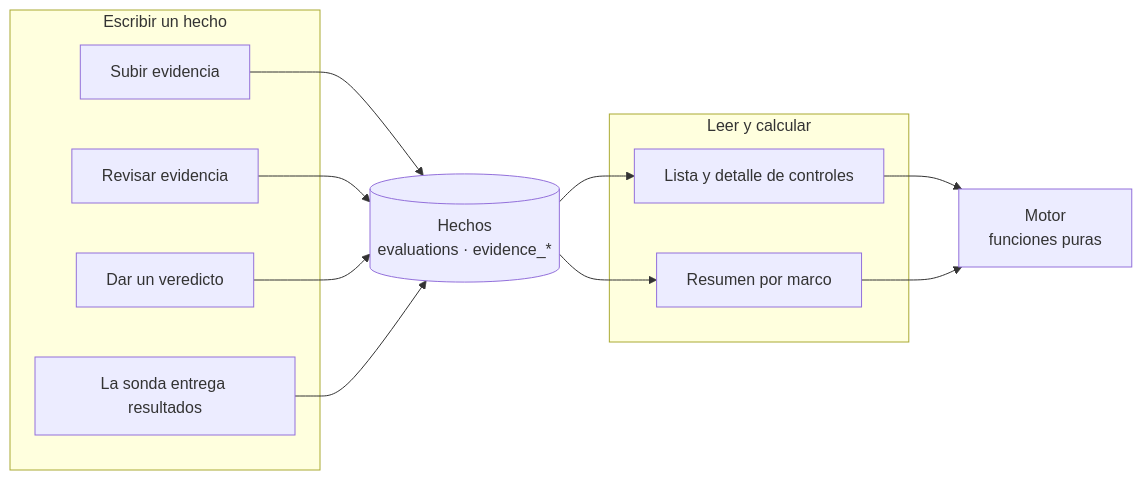
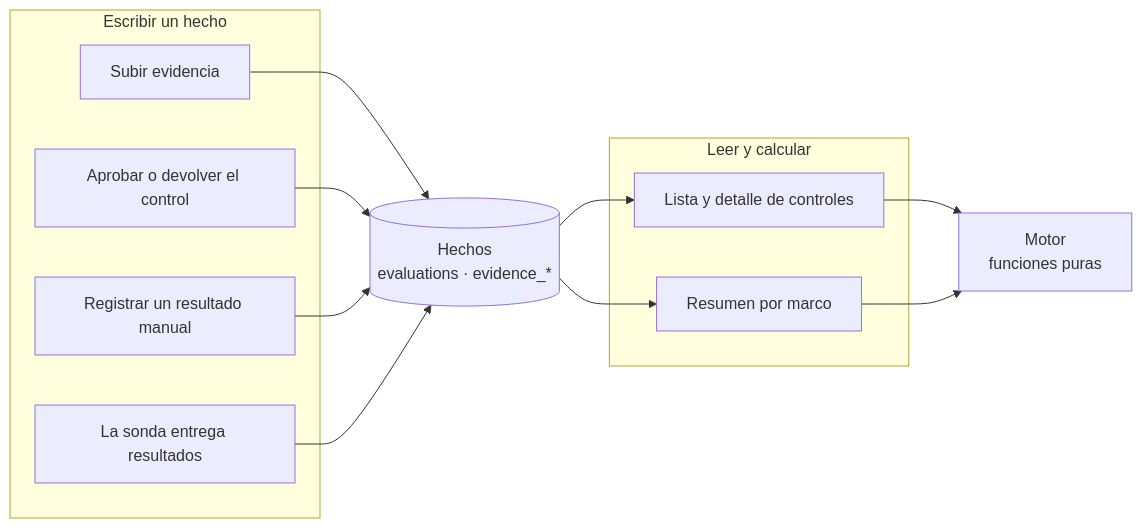
The diagram in skills/product/monkey-compliance-council/references/arquitectura/cumplimiento/03-flujos.md (Monkey-GRC/Monkey-Brain-IA), drawn with Mermaid before and after one commit. The commit also changed other lines of this file and 41 other files, not shown here.

````diff
--- a/skills/product/monkey-compliance-council/references/arquitectura/cumplimiento/03-flujos.md
+++ b/skills/product/monkey-compliance-council/references/arquitectura/cumplimiento/03-flujos.md
@@ -8,23 +8,23 @@
 ```mermaid
 flowchart LR
     subgraph esc["Escribir un hecho"]
         e1["Subir evidencia"]
-        e2["Revisar evidencia"]
-        e3["Dar un veredicto"]
+        e2["Aprobar o devolver el control"]
+        e3["Registrar un resultado manual"]
         e4["La sonda entrega resultados"]
     end
     db[("Hechos<br/>evaluations · evidence_*")]
     subgraph lec["Leer y calcular"]
         l1["Lista y detalle de controles"]
         l2["Resumen por marco"]
     end
     motor["Motor<br/>funciones puras"]
     e1 --> db
     e2 --> db
     e3 --> db
     e4 --> db
     db --> l1
     db --> l2
     l1 --> motor
     l2 --> motor
 ```
````
